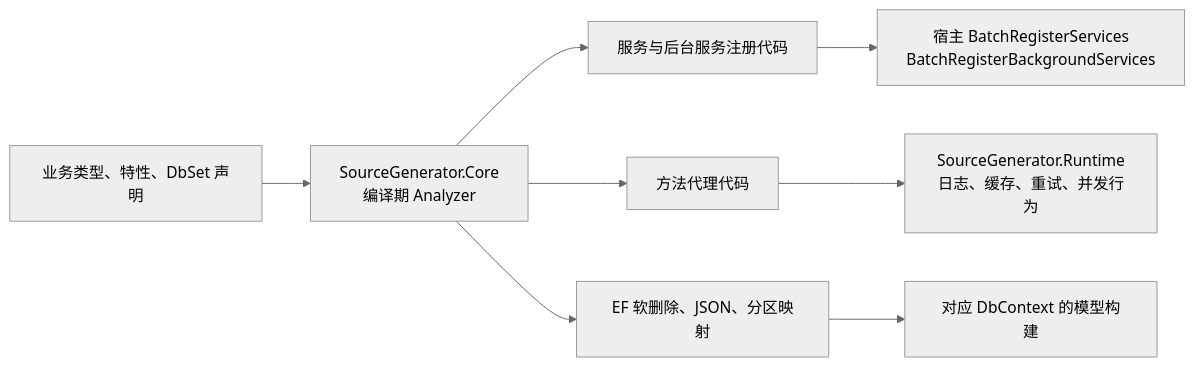
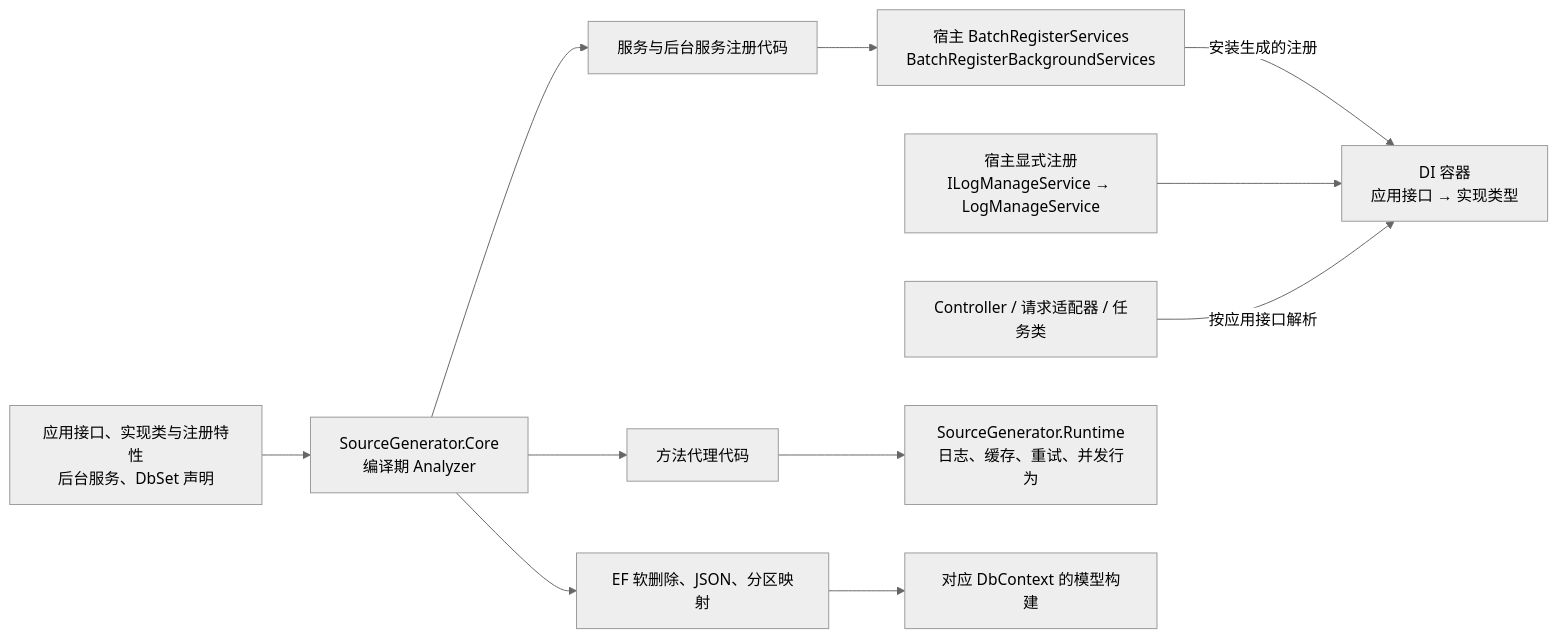
One commit to dashiell-zhang/NetEngine changed diagram 11 of 12 in Docs/ArchitectureDiagrams.md. Above: the diagram before and after it, drawn with Mermaid (neutral theme). The commit also changed other lines of this file and 93 other files, not shown here.

````diff
--- a/Docs/ArchitectureDiagrams.md
+++ b/Docs/ArchitectureDiagrams.md
@@ -285,10 +292,13 @@
 ```mermaid
 flowchart LR
-    Input["业务类型、特性、DbSet 声明"] --> Generator["SourceGenerator.Core<br/>编译期 Analyzer"]
+    Input["应用接口、实现类与注册特性<br/>后台服务、DbSet 声明"] --> Generator["SourceGenerator.Core<br/>编译期 Analyzer"]
     Generator --> Registration["服务与后台服务注册代码"]
     Generator --> Proxy["方法代理代码"]
     Generator --> Mapping["EF 软删除、JSON、分区映射"]
     Registration --> Host["宿主 BatchRegisterServices<br/>BatchRegisterBackgroundServices"]
+    Host -->|安装生成的注册| Container["DI 容器<br/>应用接口 → 实现类型"]
+    Explicit["宿主显式注册<br/>ILogManageService → LogManageService"] --> Container
+    Consumer["Controller / 请求适配器 / 任务类"] -->|按应用接口解析| Container
     Proxy --> Runtime["SourceGenerator.Runtime<br/>日志、缓存、重试、并发行为"]
     Mapping --> Context["对应 DbContext 的模型构建"]
 ```
````
